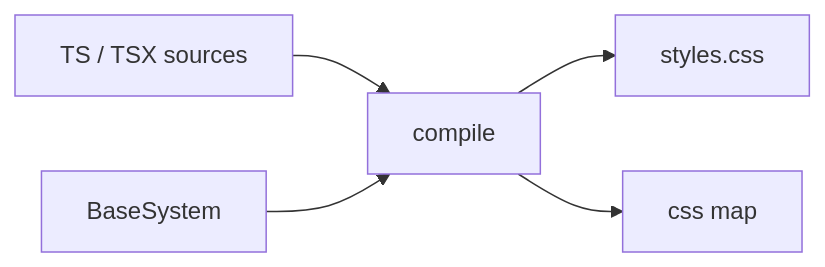
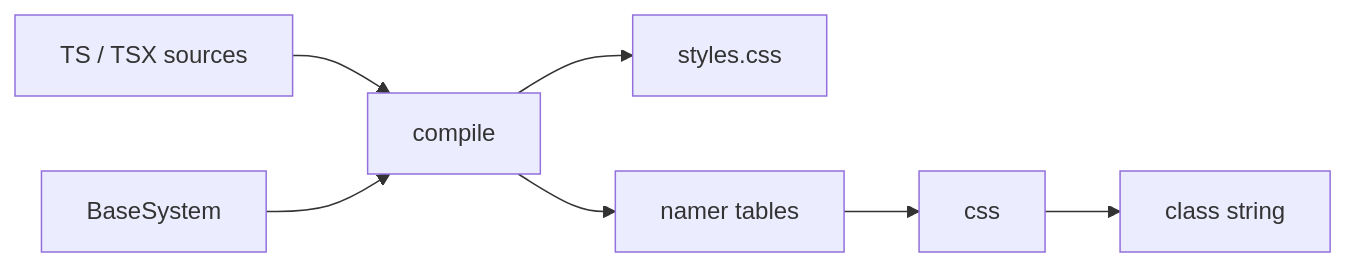
The first of 4 diagrams in docs/ATOMIC.md (reference-ui/reference-ui), drawn with Mermaid before and after one commit. The commit also changed other lines of this file and 9 other files, not shown here.

````diff
--- a/docs/ATOMIC.md
+++ b/docs/ATOMIC.md
@@ -20,7 +20,9 @@
 ```mermaid
 flowchart LR
   sources[TS / TSX sources] --> compile[compile]
   system[BaseSystem] --> compile
   compile --> sheet[styles.css]
-  compile --> map["css map"]
+  compile --> tables["namer tables"]
+  tables --> css[css]
+  css --> dom[class string]
 ```
````
